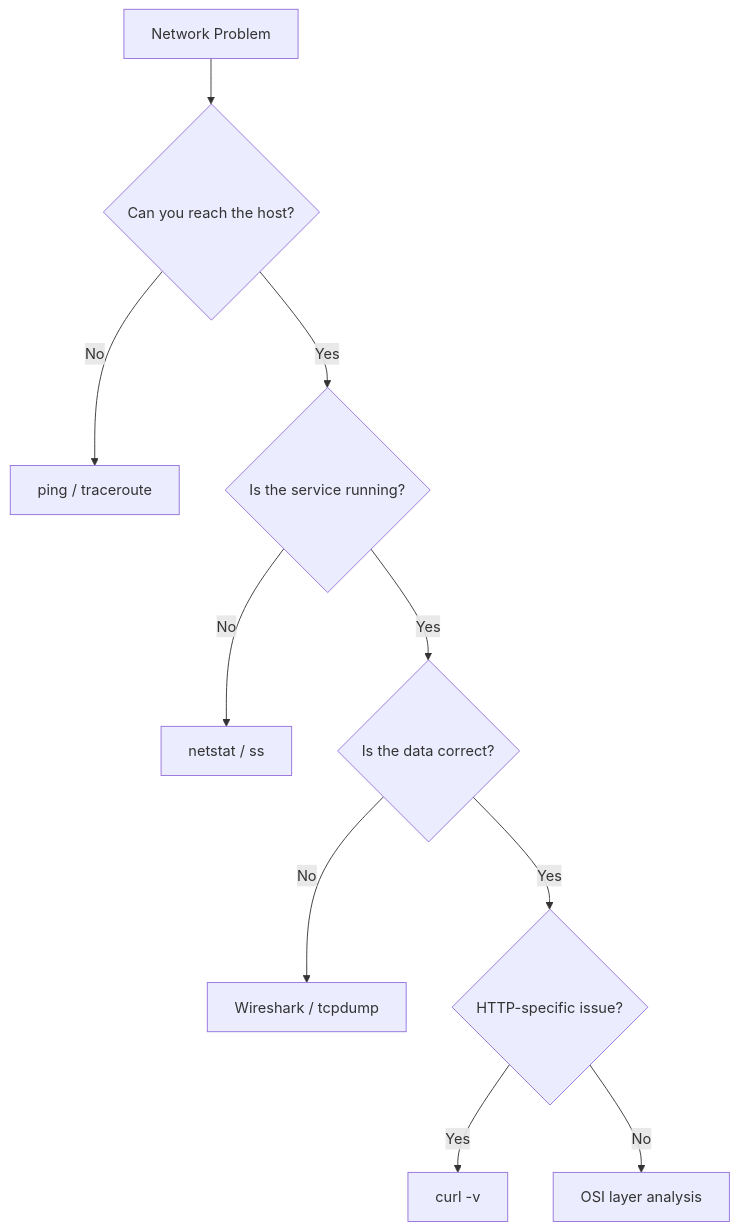
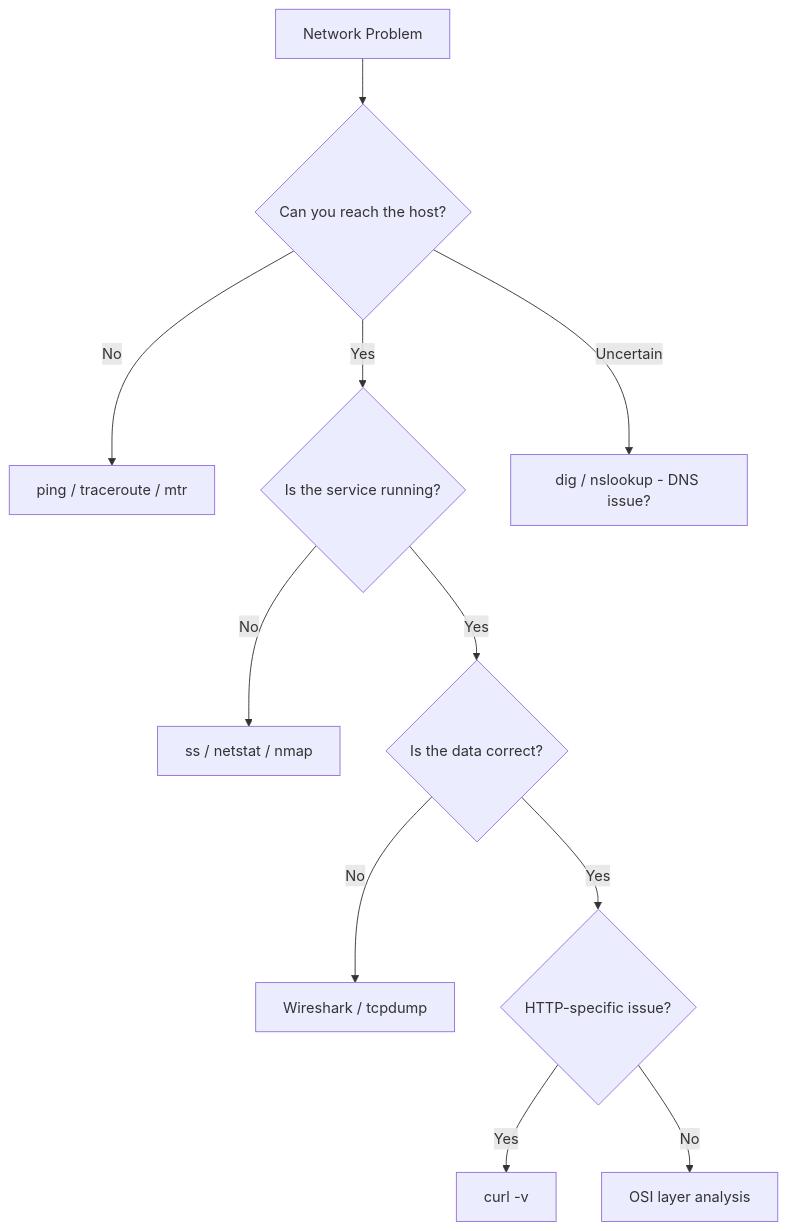
One commit to vanos001/placement_prep changed the second of 2 diagrams in src/networks/tools/README.md. Above: the diagram before and after it, drawn with Mermaid. The commit also changed other lines of this file and 21 other files, not shown here.

````diff
--- a/src/networks/tools/README.md
+++ b/src/networks/tools/README.md
@@ -38,12 +52,13 @@
 ```mermaid
 flowchart TD
     A[Network Problem] --> B{Can you reach the host?}
-    B -->|No| C[ping / traceroute]
+    B -->|No| C[ping / traceroute / mtr]
     B -->|Yes| D{Is the service running?}
-    D -->|No| E[netstat / ss]
+    D -->|No| E[ss / netstat / nmap]
     D -->|Yes| F{Is the data correct?}
     F -->|No| G[Wireshark / tcpdump]
     F -->|Yes| H{HTTP-specific issue?}
     H -->|Yes| I[curl -v]
     H -->|No| J[OSI layer analysis]
+    B -->|Uncertain| K[dig / nslookup - DNS issue?]
 ```
````
